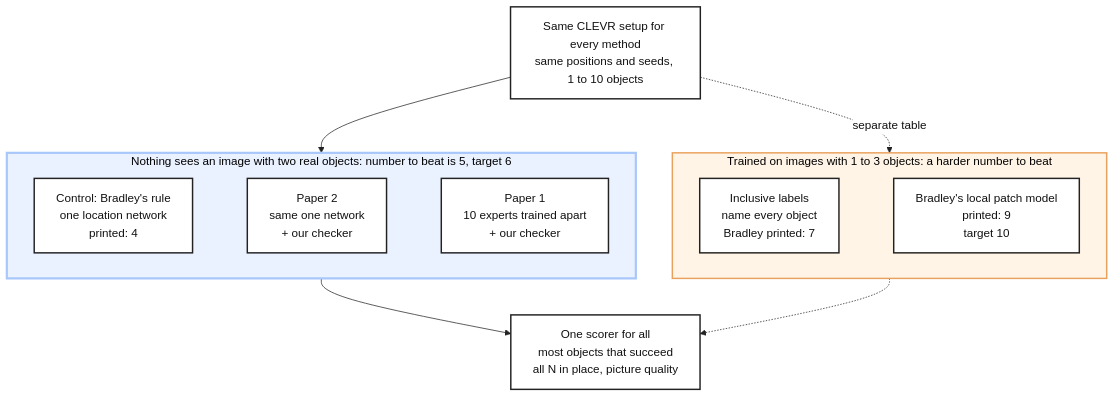
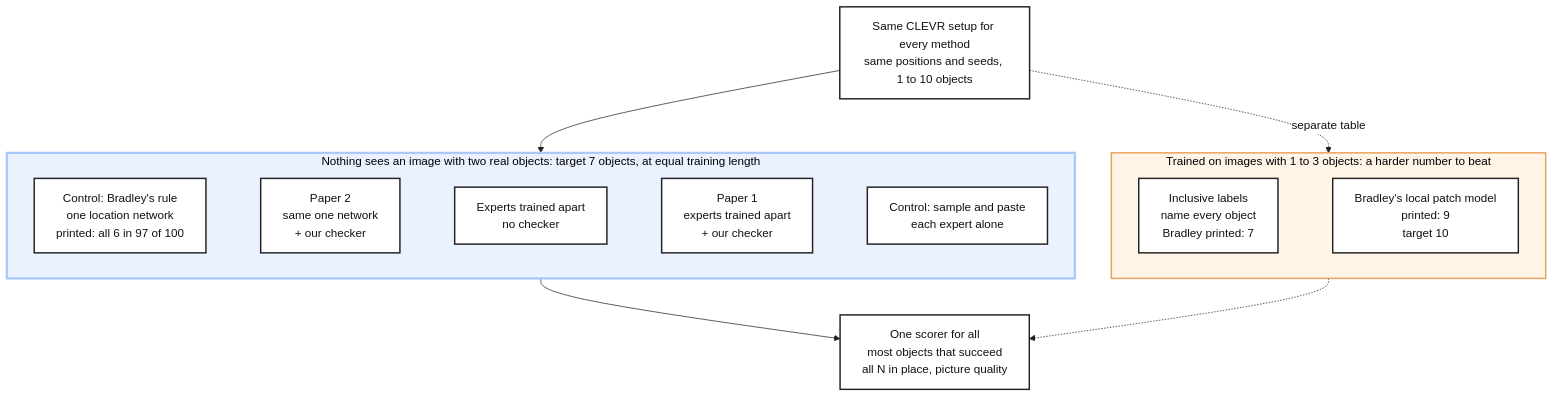
Before and after one commit to mo-rsa24/concept-composition: the diagram in artifacts/notes/progress/targets/one-clevr-experiment-for-both-papers.mmd, drawn with Mermaid. The commit also changed 3 other files, not shown here.

Commit message:
Targets: redraw the two CLEVR pictures for the 7-object target and its controls

```diff
--- a/artifacts/notes/progress/targets/one-clevr-experiment-for-both-papers.mmd
+++ b/artifacts/notes/progress/targets/one-clevr-experiment-for-both-papers.mmd
@@ -1,26 +1,28 @@
 %%{init: {'theme': 'base', 'themeVariables': {'fontFamily': 'monospace', 'primaryColor': '#ffffff', 'primaryBorderColor': '#222222', 'primaryTextColor': '#111111', 'lineColor': '#222222'}}}%%
 flowchart TD
     D["Same CLEVR setup for every method<br/>same positions and seeds, 1 to 10 objects"]
-    subgraph ONE["Nothing sees an image with two real objects: number to beat is 5, target 6"]
+    subgraph ONE["Nothing sees an image with two real objects: target 7 objects, at equal training length"]
         direction LR
-        B["Control: Bradley's rule<br/>one location network<br/>printed: 4"]
+        B["Control: Bradley's rule<br/>one location network<br/>printed: all 6 in 97 of 100"]
         P2["Paper 2<br/>same one network<br/>+ our checker"]
-        P1["Paper 1<br/>10 experts trained apart<br/>+ our checker"]
+        E["Experts trained apart<br/>no checker"]
+        P1["Paper 1<br/>experts trained apart<br/>+ our checker"]
+        C["Control: sample and paste<br/>each expert alone"]
     end
     subgraph MANY["Trained on images with 1 to 3 objects: a harder number to beat"]
         direction LR
         I["Inclusive labels<br/>name every object<br/>Bradley printed: 7"]
         L["Bradley's local patch model<br/>printed: 9<br/>target 10"]
     end
     S["One scorer for all<br/>most objects that succeed<br/>all N in place, picture quality"]
-    B ~~~ P2 ~~~ P1
+    B ~~~ P2 ~~~ E ~~~ P1 ~~~ C
     I ~~~ L
     D --> ONE
     ONE --> S
     D -. "separate table" .-> MANY
     MANY -.-> S
 
     classDef plain fill:#ffffff,stroke:#222222,stroke-width:2px,color:#111111
-    class D,B,P2,P1,I,L,S plain
+    class D,B,P2,E,P1,C,I,L,S plain
     style ONE fill:#eaf1ff,stroke:#a8c7fa,stroke-width:3px
     style MANY fill:#fff4e6,stroke:#e8a15c,stroke-width:2px
```
